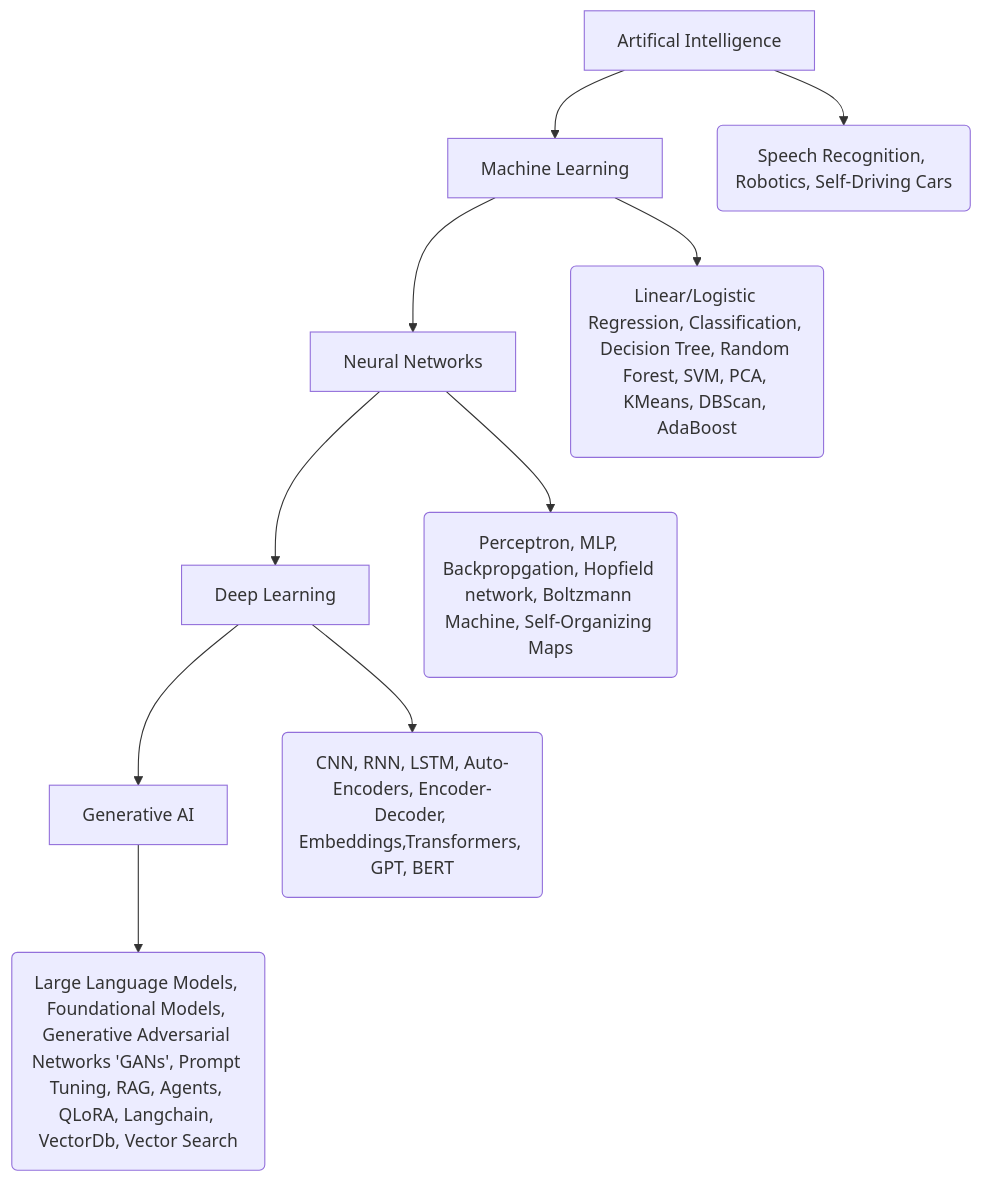
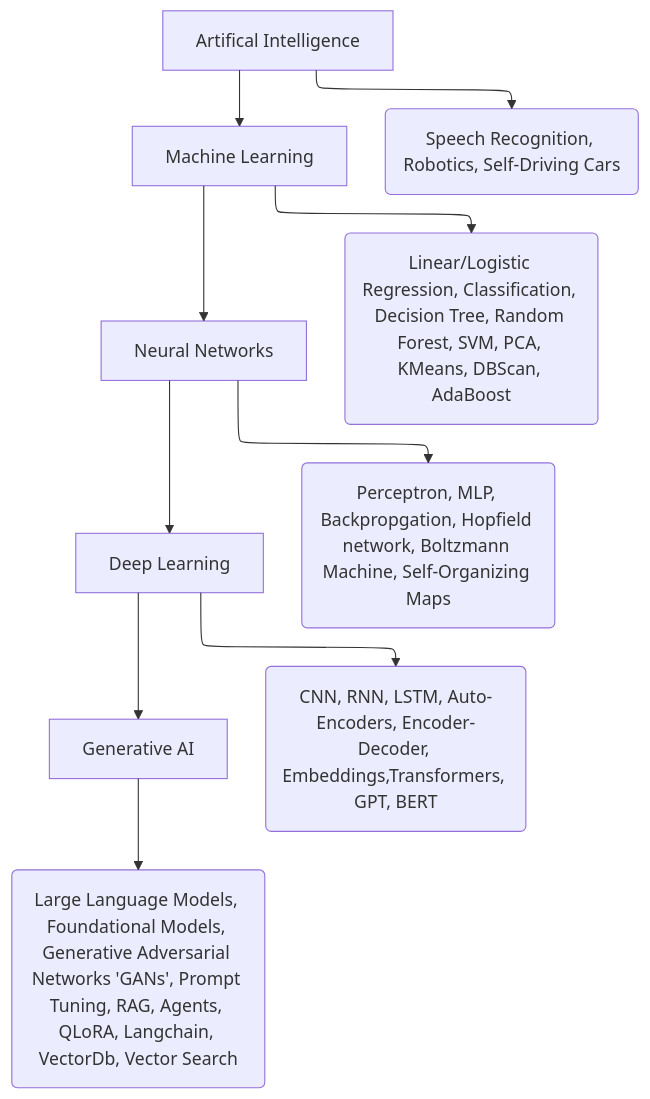
Before and after one commit to Peak-Worth/mlrun.in: the diagram in docs/source/ML.md, drawn with Mermaid.

````diff
--- a/docs/source/ML.md
+++ b/docs/source/ML.md
@@ -3,15 +3,12 @@
 ```{mermaid}
-%%{init: {'theme': 'mc'}}%%
+%%{init: {'theme': 'mc', 'layout': 'elk'}}%%
 
-graph TD
-    A[Artifical Intelligence] --> B[Machine Learning]
-    B --> C[Neural Networks]
-    C --> D[Deep Learning]
-    D --> E[Generative AI]
-    A --> a1(Speech Recognition, Robotics, Self-Driving Cars)
-    B --> b1(Linear/Logistic Regression, Classification, Decision Tree, Random Forest, SVM, PCA, KMeans, DBScan, AdaBoost)
-    C --> c1(Perceptron, MLP, Backpropgation, Hopfield network, Boltzmann Machine, Self-Organizing Maps)
-    D --> d1(CNN, RNN, LSTM, Auto-Encoders, Encoder-Decoder, Embeddings,Transformers, GPT, BERT)
-    E --> g1(Large Language Models, Foundational Models, Generative Adversarial Networks 'GANs', Prompt Tuning, RAG, Agents, QLoRA, Langchain, VectorDb, Vector Search)
+flowchart TD
+    A["Artifical Intelligence"] --> B["Machine Learning"] & a1("Speech Recognition, Robotics, Self-Driving Cars")
+    B --> C["Neural Networks"] & b1("Linear/Logistic Regression, Classification, Decision Tree, Random Forest, SVM, PCA, KMeans, DBScan, AdaBoost")
+    C --> D["Deep Learning"] & c1("Perceptron, MLP, Backpropgation, Hopfield network, Boltzmann Machine, Self-Organizing Maps")
+    D --> E["Generative AI"] & d1("CNN, RNN, LSTM, Auto-Encoders, Encoder-Decoder, Embeddings,Transformers, GPT, BERT")
+    E --> g1@{ label: "Large Language Models, Foundational Models, Generative Adversarial Networks 'GANs', Prompt Tuning, RAG, Agents, QLoRA, Langchain, VectorDb, Vector Search" }
+    g1@{ shape: rounded}
 
 ```
````
